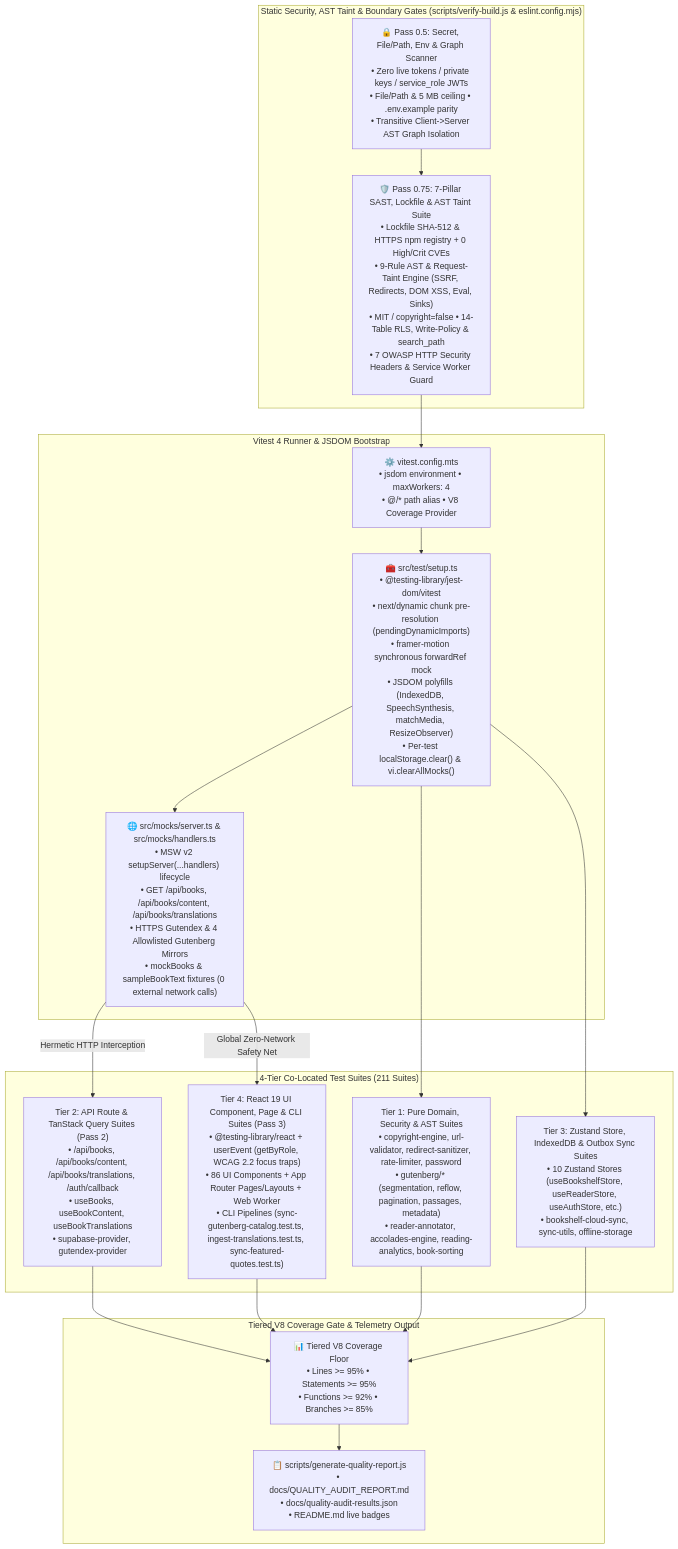
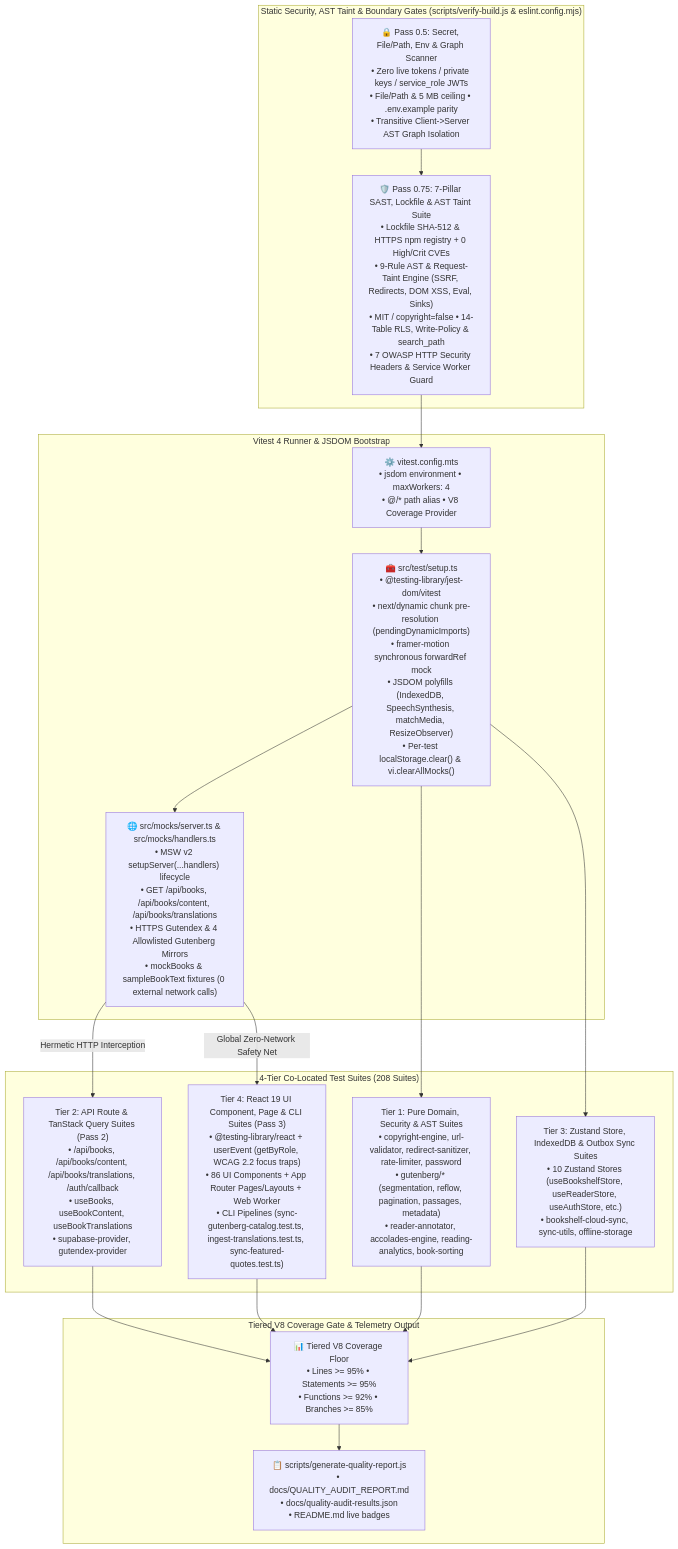
One commit to calin-m/Bookarium changed the ninth of 12 diagrams in docs/ARCHITECTURE.md. Above: the diagram before and after it, drawn with Mermaid. The commit also changed other lines of this file and 35 other files, not shown here.

First line of the commit message:
feat(governance): modernize collaboration templates, enforce reverse 1:1 test co-location and harden security architecture

````diff
--- a/docs/ARCHITECTURE.md
+++ b/docs/ARCHITECTURE.md
@@ -1099,39 +1100,39 @@
 ```mermaid
 flowchart TD
     subgraph SecurityGates ["Static Security, AST Taint & Boundary Gates (scripts/verify-build.js & eslint.config.mjs)"]
         Pass05["🔒 Pass 0.5: Secret, File/Path, Env & Graph Scanner\n• Zero live tokens / private keys / service_role JWTs\n• File/Path & 5 MB ceiling • .env.example parity\n• Transitive Client->Server AST Graph Isolation"]
         Pass075["🛡️ Pass 0.75: 7-Pillar SAST, Lockfile & AST Taint Suite\n• Lockfile SHA-512 & HTTPS npm registry + 0 High/Crit CVEs\n• 9-Rule AST & Request-Taint Engine (SSRF, Redirects, DOM XSS, Eval, Sinks)\n• MIT / copyright=false • 14-Table RLS, Write-Policy & search_path\n• 7 OWASP HTTP Security Headers & Service Worker Guard"]
     end
 
     subgraph TestRunner ["Vitest 4 Runner & JSDOM Bootstrap"]
         VitestCfg["⚙️ vitest.config.mts\n• jsdom environment • maxWorkers: 4\n• @/* path alias • V8 Coverage Provider"]
         TestSetup["🧰 src/test/setup.ts\n• @testing-library/jest-dom/vitest\n• next/dynamic chunk pre-resolution (pendingDynamicImports)\n• framer-motion synchronous forwardRef mock\n• JSDOM polyfills (IndexedDB, SpeechSynthesis, matchMedia, ResizeObserver)\n• Per-test localStorage.clear() & vi.clearAllMocks()"]
         MSWServer["🌐 src/mocks/server.ts & src/mocks/handlers.ts\n• MSW v2 setupServer(...handlers) lifecycle\n• GET /api/books, /api/books/content, /api/books/translations\n• HTTPS Gutendex & 4 Allowlisted Gutenberg Mirrors\n• mockBooks & sampleBookText fixtures (0 external network calls)"]
     end
 
-    subgraph TestTiers ["4-Tier Co-Located Test Suites (211 Suites)"]
+    subgraph TestTiers ["4-Tier Co-Located Test Suites (208 Suites)"]
         Tier1["Tier 1: Pure Domain, Security & AST Suites\n• copyright-engine, url-validator, redirect-sanitizer, rate-limiter, password\n• gutenberg/* (segmentation, reflow, pagination, passages, metadata)\n• reader-annotator, accolades-engine, reading-analytics, book-sorting"]
         Tier2["Tier 2: API Route & TanStack Query Suites (Pass 2)\n• /api/books, /api/books/content, /api/books/translations, /auth/callback\n• useBooks, useBookContent, useBookTranslations\n• supabase-provider, gutendex-provider"]
         Tier3["Tier 3: Zustand Store, IndexedDB & Outbox Sync Suites\n• 10 Zustand Stores (useBookshelfStore, useReaderStore, useAuthStore, etc.)\n• bookshelf-cloud-sync, sync-utils, offline-storage"]
         Tier4["Tier 4: React 19 UI Component, Page & CLI Suites (Pass 3)\n• @testing-library/react + userEvent (getByRole, WCAG 2.2 focus traps)\n• 86 UI Components + App Router Pages/Layouts + Web Worker\n• CLI Pipelines (sync-gutenberg-catalog.test.ts, ingest-translations.test.ts, sync-featured-quotes.test.ts)"]
     end
 
     subgraph CoverageGate ["Tiered V8 Coverage Gate & Telemetry Output"]
         V8Thresholds["📊 Tiered V8 Coverage Floor\n• Lines >= 95% • Statements >= 95%\n• Functions >= 92% • Branches >= 85%"]
         QualityReport["📋 scripts/generate-quality-report.js\n• docs/QUALITY_AUDIT_REPORT.md\n• docs/quality-audit-results.json\n• README.md live badges"]
     end
 
     Pass05 --> Pass075
     Pass075 --> VitestCfg
     VitestCfg --> TestSetup
     TestSetup --> MSWServer
     TestSetup --> Tier1
     MSWServer -->|"Hermetic HTTP Interception"| Tier2
     TestSetup --> Tier3
     MSWServer -->|"Global Zero-Network Safety Net"| Tier4
     Tier1 --> V8Thresholds
     Tier2 --> V8Thresholds
     Tier3 --> V8Thresholds
     Tier4 --> V8Thresholds
     V8Thresholds --> QualityReport
 ```
````
